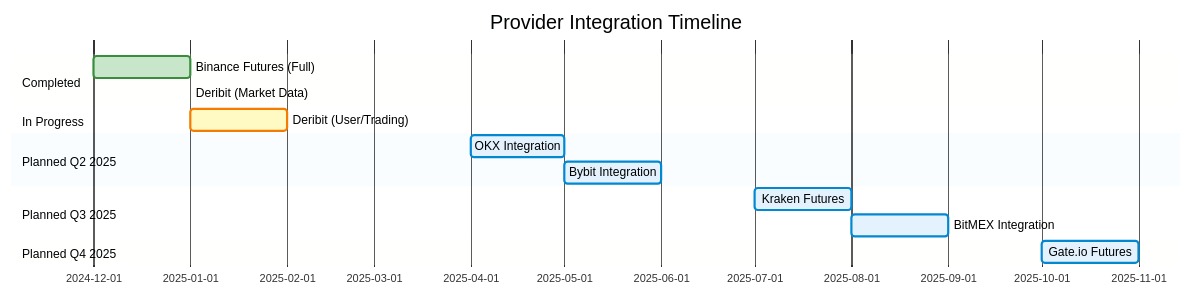
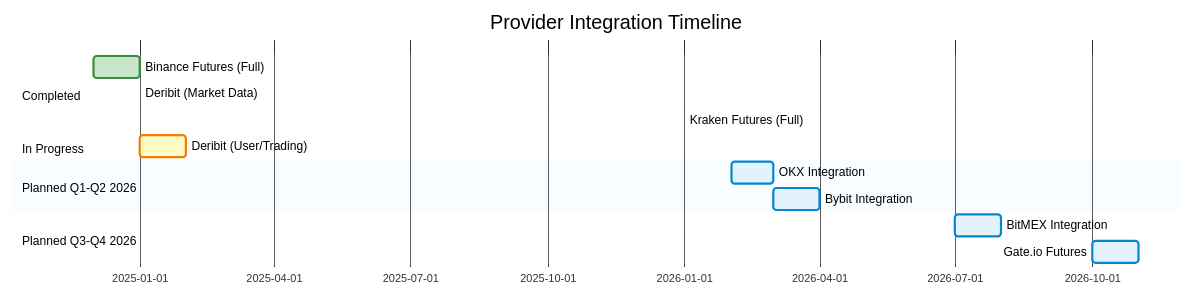
The third of 10 diagrams in README.md (ArmandRicheletKleinberg/Ark.Alliance.Trading.Providers.Lib), drawn with Mermaid before and after one commit. The commit also changed other lines of this file and 3 other files, not shown here.

First line of the commit message:
docs: update documentation for Kraken Futures provider

````diff
--- a/README.md
+++ b/README.md
@@ -156,24 +156,22 @@
 ```mermaid
 %%{init: {'theme':'base', 'themeVariables': { 'primaryColor':'#e1f5ff','primaryTextColor':'#000','primaryBorderColor':'#0288d1','grid':'#ccc','doneTaskBkgColor':'#c8e6c9','doneTaskBorderColor':'#388e3c','activeTaskBkgColor':'#fff9c4','activeTaskBorderColor':'#f57c00','taskBkgColor':'#e3f2fd','taskBorderColor':'#0288d1','taskTextColor':'#000','todayLineColor':'#d32f2f','textColor':'#000'}}}%%
 gantt
     title Provider Integration Timeline
     dateFormat YYYY-MM
     
     section Completed
     Binance Futures (Full)   :done, binance, 2024-12, 2025-01
     Deribit (Market Data)     :done, deribit-md, 2025-01, 2025-01
+    Kraken Futures (Full)     :done, kraken, 2026-01, 2026-01
     
     section In Progress
     Deribit (User/Trading)    :active, deribit-full, 2025-01, 2025-02
     
-    section Planned Q2 2025
-    OKX Integration           :okx, 2025-04, 2025-05
-    Bybit Integration         :bybit, 2025-05, 2025-06
+    section Planned Q1-Q2 2026
+    OKX Integration           :okx, 2026-02, 2026-03
+    Bybit Integration         :bybit, 2026-03, 2026-04
     
-    section Planned Q3 2025
-    Kraken Futures            :kraken, 2025-07, 2025-08
-    BitMEX Integration        :bitmex, 2025-08, 2025-09
-    
-    section Planned Q4 2025
-    Gate.io Futures           :gateio, 2025-10, 2025-11
+    section Planned Q3-Q4 2026
+    BitMEX Integration        :bitmex, 2026-07, 2026-08
+    Gate.io Futures           :gateio, 2026-10, 2026-11
 ```
````
